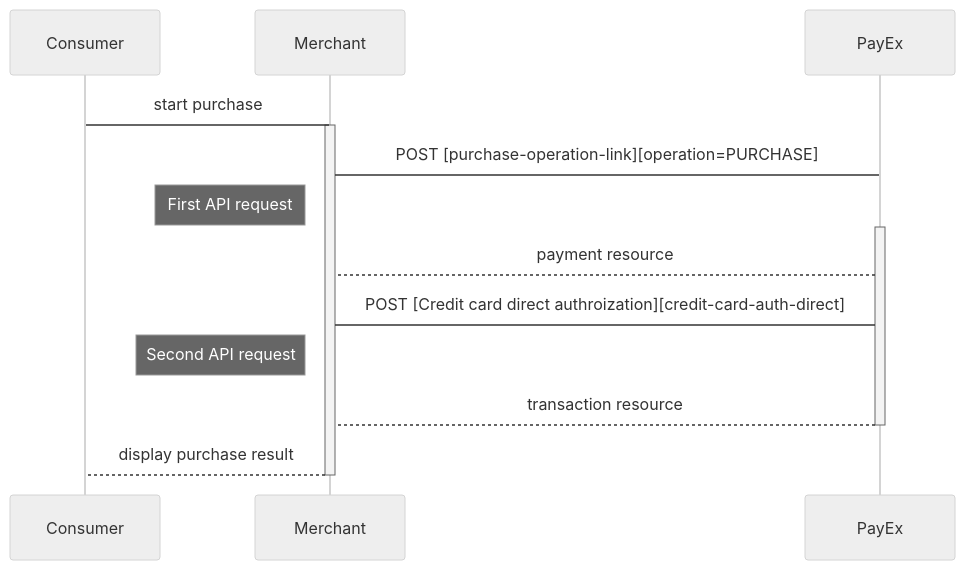
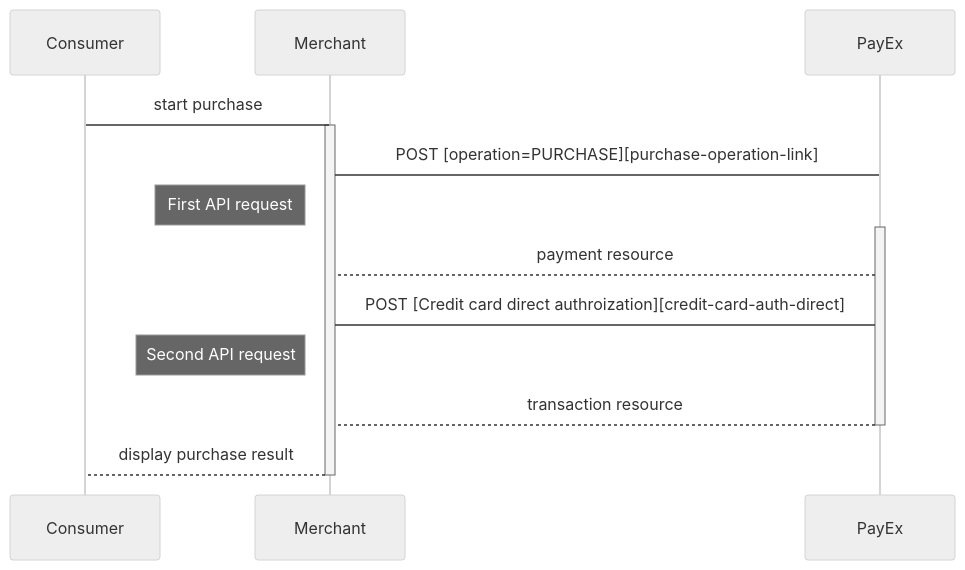
One commit to SwedbankPay/developer.swedbankpay.com changed the fifth of 7 diagrams in payments/credit-card/index.md. Above: the diagram before and after it, drawn with Mermaid (neutral theme). The commit also changed other lines of this file and 2 other files, not shown here.

````diff
--- a/payments/credit-card/index.md
+++ b/payments/credit-card/index.md
@@ -349,17 +351,17 @@
 ```mermaid
 sequenceDiagram
   Consumer->Merchant: start purchase
   Activate Merchant
-  Merchant->PayEx: POST [purchase-operation-link][operation=PURCHASE]
+  Merchant->PayEx: POST [operation=PURCHASE][purchase-operation-link]
   note left of Merchant: First API request
   Activate PayEx
   PayEx-->Merchant: payment resource
 
   Merchant -> PayEx: POST [Credit card direct authroization][credit-card-auth-direct]
   note left of Merchant: Second API request
   PayEx --> Merchant: transaction resource
 
   Deactivate PayEx
   Merchant-->Consumer: display purchase result
   Deactivate Merchant
 ```
````
